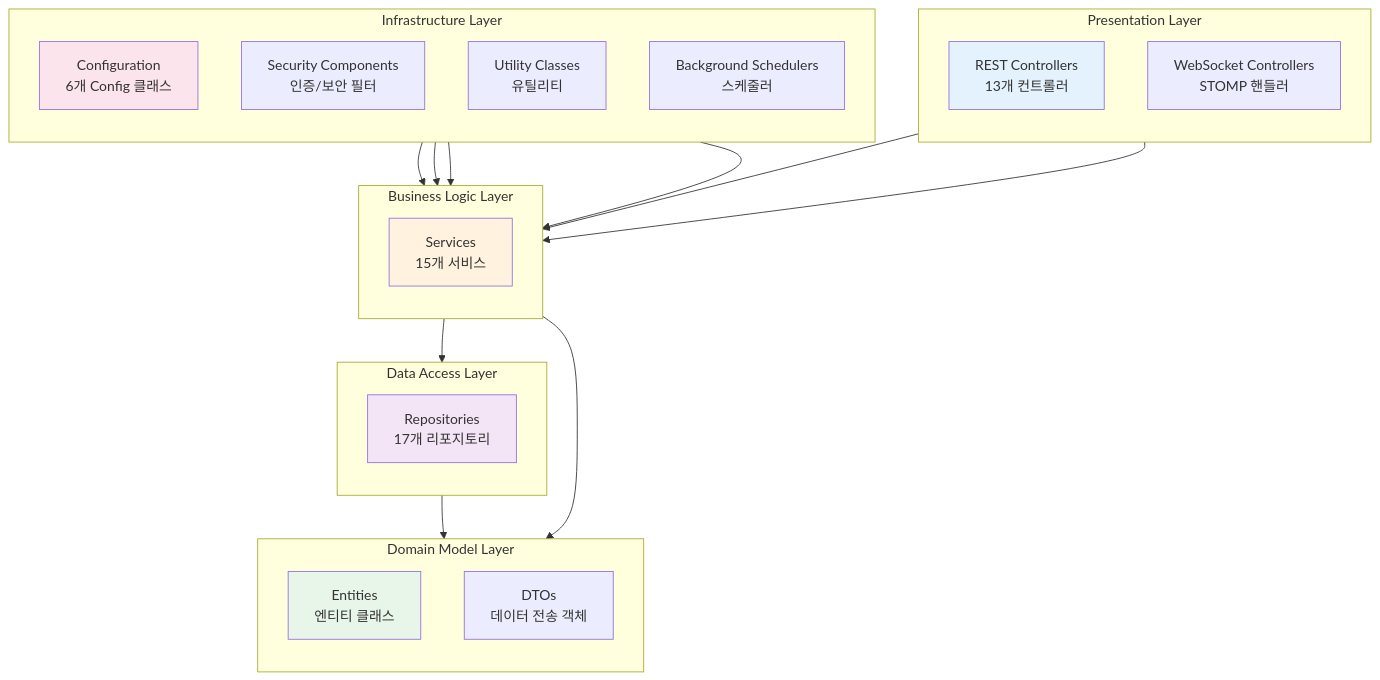
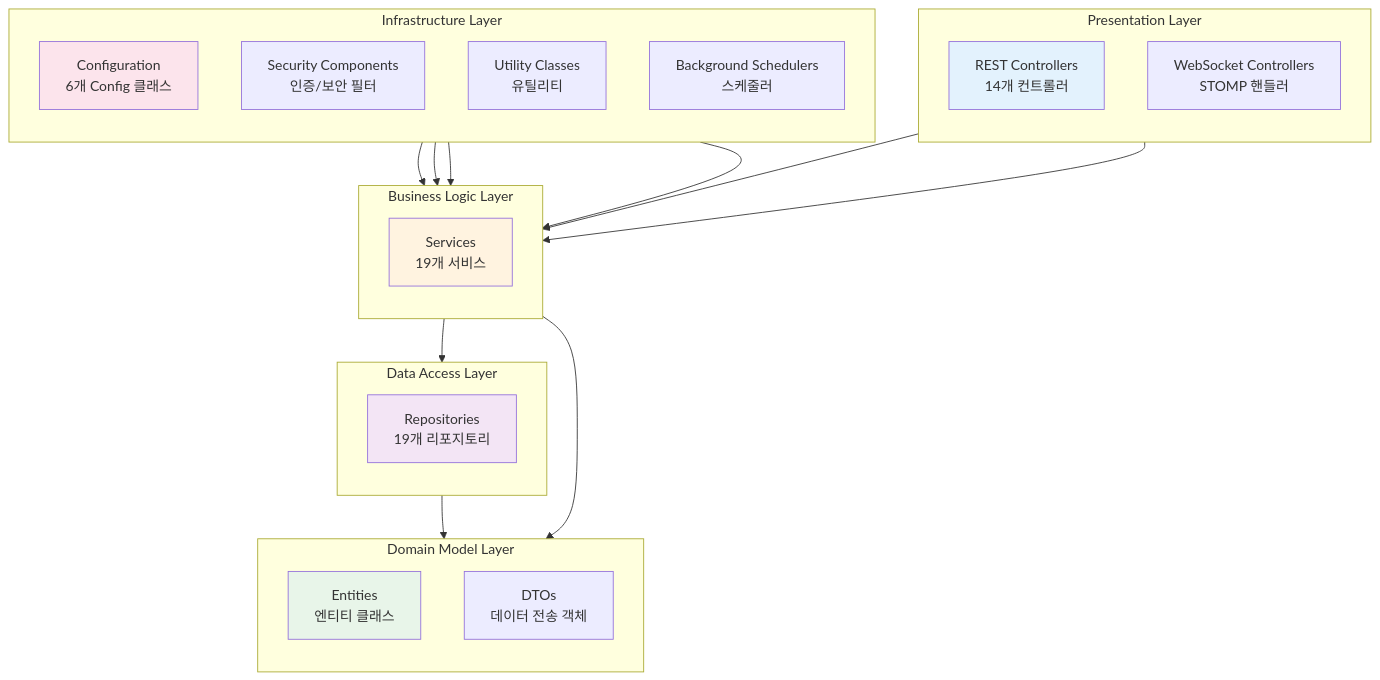
The second of 13 diagrams in documents/system-architecture-diagrams.md (SaraHan774/Cupid), drawn with Mermaid before and after one commit. The commit also changed other lines of this file and 7 other files, not shown here.

````diff
--- a/documents/system-architecture-diagrams.md
+++ b/documents/system-architecture-diagrams.md
@@ -153,48 +171,48 @@
 ```mermaid
 graph TB
     subgraph "Presentation Layer"
         direction TB
-        RestControllers[REST Controllers<br/>13개 컨트롤러]
+        RestControllers[REST Controllers<br/>14개 컨트롤러]
         WebSocketControllers[WebSocket Controllers<br/>STOMP 핸들러]
     end
     
     subgraph "Business Logic Layer"
         direction TB
-        Services[Services<br/>15개 서비스]
+        Services[Services<br/>19개 서비스]
     end
     
     subgraph "Data Access Layer"
         direction TB
-        Repositories[Repositories<br/>17개 리포지토리]
+        Repositories[Repositories<br/>19개 리포지토리]
     end
     
     subgraph "Domain Model Layer"
         direction TB
         Entities[Entities<br/>엔티티 클래스]
         DTOs[DTOs<br/>데이터 전송 객체]
     end
     
     subgraph "Infrastructure Layer"
         direction TB
         Config[Configuration<br/>6개 Config 클래스]
         Security[Security Components<br/>인증/보안 필터]
         Utils[Utility Classes<br/>유틸리티]
         Schedulers[Background Schedulers<br/>스케줄러]
     end
     
     RestControllers --> Services
     WebSocketControllers --> Services
     Services --> Repositories
     Repositories --> Entities
     Services --> DTOs
     Security --> Services
     Config --> Services
     Utils --> Services
     Schedulers --> Services
     
     style RestControllers fill:#e3f2fd
     style Services fill:#fff3e0
     style Repositories fill:#f3e5f5
     style Entities fill:#e8f5e9
     style Config fill:#fce4ec
 ```
````
